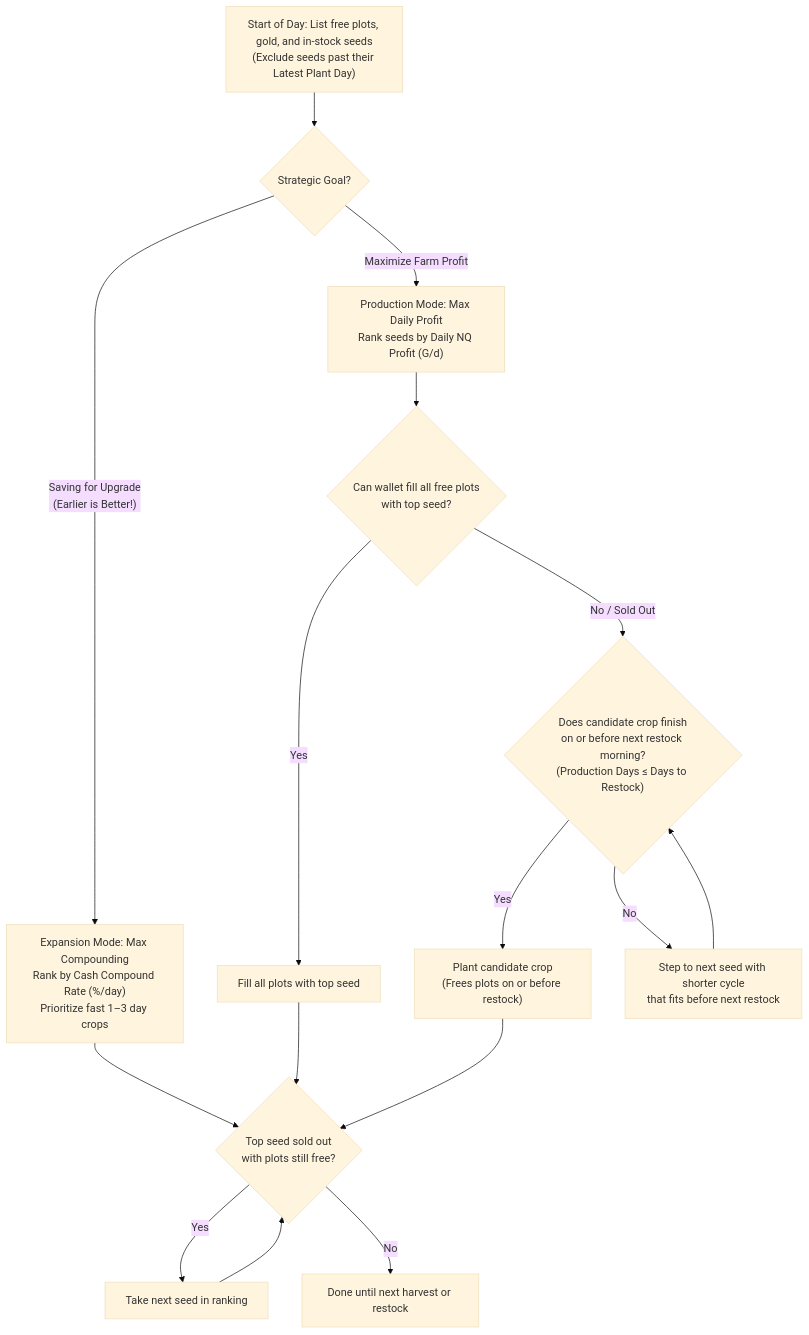
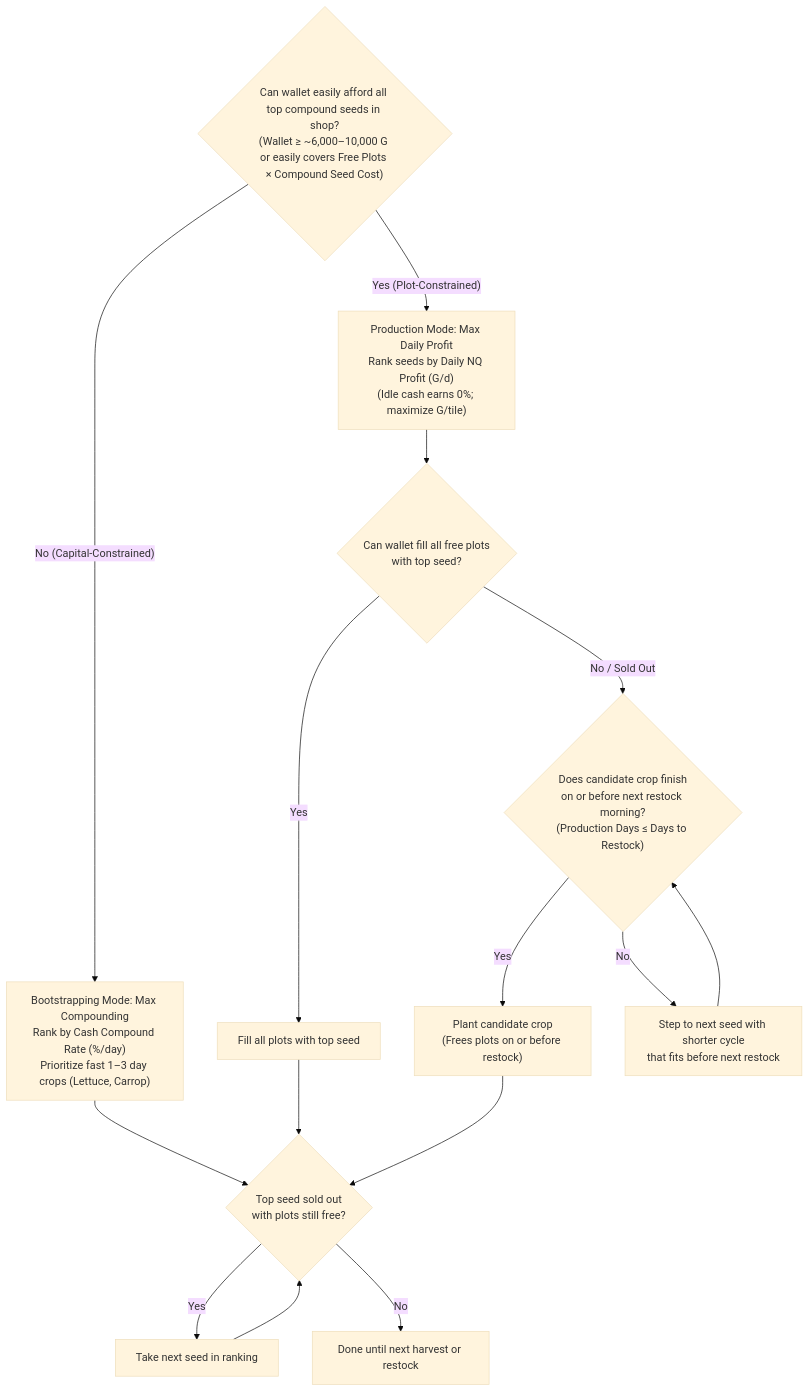
One commit to Yu-Leo-Lu/Harvestella changed the diagram in README.md. Above: the diagram before and after it, drawn with Mermaid (base theme). The commit also changed other lines of this file and 6 other files, not shown here.

Commit message:
feat: replace latest plant day with planting schedule and update seasonal crop data csvs

````diff
--- a/README.md
+++ b/README.md
@@ -51,25 +51,25 @@
 ```mermaid
 flowchart TD
-    A["Start of Day: List free plots, gold, and in-stock seeds<br/>(Exclude seeds past their Latest Plant Day)"] --> M{"Strategic Goal?"}
+    A{"Can wallet easily afford all top compound seeds in shop?<br/>(Wallet ≥ ~6,000–10,000 G or easily covers Free Plots × Compound Seed Cost)"}
     
-    M -->|"Saving for Upgrade<br/>(Earlier is Better!)"| C1["Expansion Mode: Max Compounding<br/>Rank by Cash Compound Rate (%/day)<br/>Prioritize fast 1–3 day crops"]
+    A -->|"No (Capital-Constrained)"| C1["Bootstrapping Mode: Max Compounding<br/>Rank by Cash Compound Rate (%/day)<br/>Prioritize fast 1–3 day crops (Lettuce, Carrop)"]
     
-    M -->|"Maximize Farm Profit"| C2["Production Mode: Max Daily Profit<br/>Rank seeds by Daily NQ Profit (G/d)"]
+    A -->|"Yes (Plot-Constrained)"| C2["Production Mode: Max Daily Profit<br/>Rank seeds by Daily NQ Profit (G/d)<br/>(Idle cash earns 0%; maximize G/tile)"]
     
     C2 --> P1{"Can wallet fill all free plots<br/>with top seed?"}
     P1 -->|"Yes"| B1["Fill all plots with top seed"]
     
     P1 -->|"No / Sold Out"| P2{"Does candidate crop finish<br/>on or before next restock morning?<br/>(Production Days ≤ Days to Restock)"}
     
     P2 -->|"Yes"| B2["Plant candidate crop<br/>(Frees plots on or before restock)"]
     P2 -->|"No"| P3["Step to next seed with shorter cycle<br/>that fits before next restock"]
     P3 --> P2
     
     C1 --> F{"Top seed sold out<br/>with plots still free?"}
     B1 --> F
     B2 --> F
     
     F -->|"Yes"| G["Take next seed in ranking"]
     G --> F
     F -->|"No"| Z["Done until next harvest or restock"]
 ```
````
